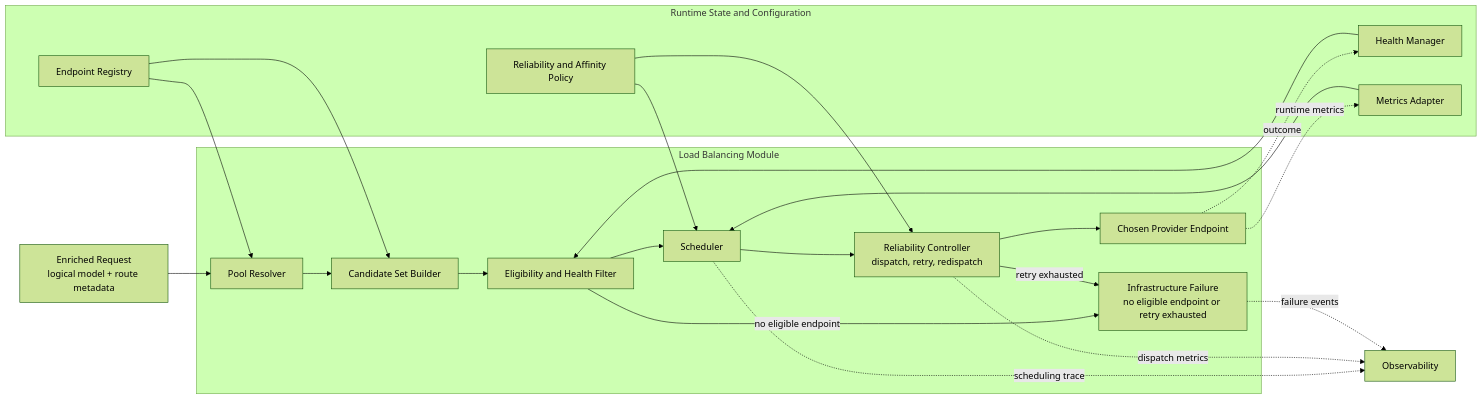
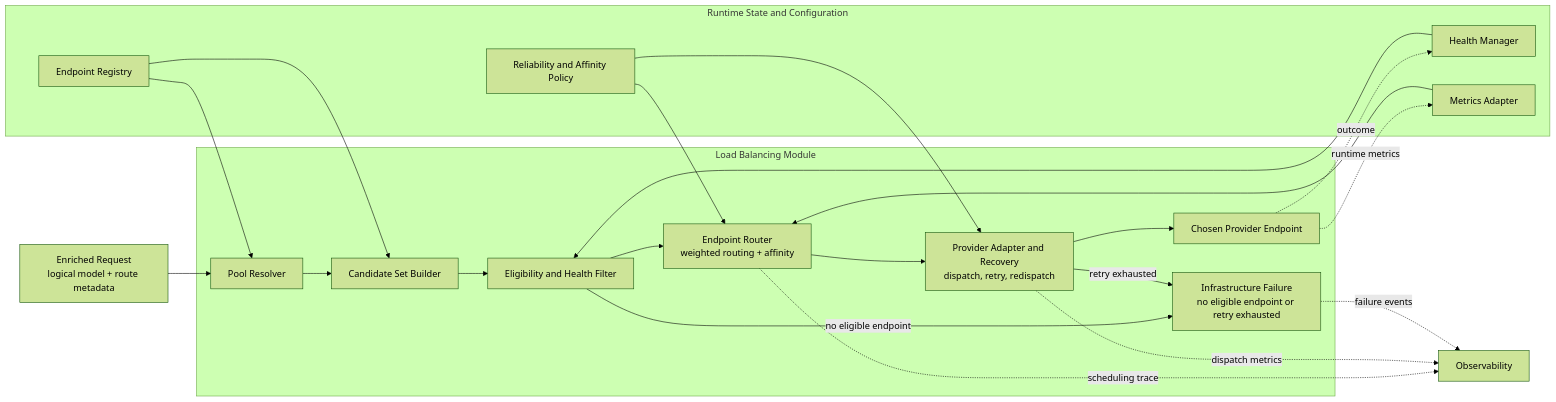
Before and after one commit to puyanguvic/semenatic_routing_and_load_balance: the diagram in load_balancing_module.md, drawn with Mermaid (forest theme). The commit also changed other lines of this file and 5 other files, not shown here.

Commit message:
Align diagrams with semantic routing paper

````diff
--- a/load_balancing_module.md
+++ b/load_balancing_module.md
@@ -141,40 +134,40 @@
 ```mermaid
 flowchart LR
     Request[Enriched Request<br/>logical model + route metadata]
 
     subgraph Runtime[Runtime State and Configuration]
         Registry[Endpoint Registry]
         Health[Health Manager]
         Metrics[Metrics Adapter]
         Policy[Reliability and Affinity Policy]
     end
 
     subgraph LB[Load Balancing Module]
         Pool[Pool Resolver]
         Candidates[Candidate Set Builder]
         Filter[Eligibility and Health Filter]
-        Scheduler[Scheduler]
-        Dispatch[Reliability Controller<br/>dispatch, retry, redispatch]
+        Scheduler[Endpoint Router<br/>weighted routing + affinity]
+        Dispatch[Provider Adapter and Recovery<br/>dispatch, retry, redispatch]
         Backend[Chosen Provider Endpoint]
         Failure[Infrastructure Failure<br/>no eligible endpoint or retry exhausted]
     end
 
     Obs[Observability]
 
     Request --> Pool --> Candidates --> Filter --> Scheduler --> Dispatch --> Backend
     Registry --> Pool
     Registry --> Candidates
     Health --> Filter
     Metrics --> Scheduler
     Policy --> Scheduler
     Policy --> Dispatch
 
     Filter -->|no eligible endpoint| Failure
     Dispatch -->|retry exhausted| Failure
 
     Backend -. outcome .-> Health
     Backend -. runtime metrics .-> Metrics
     Scheduler -. scheduling trace .-> Obs
     Dispatch -. dispatch metrics .-> Obs
     Failure -. failure events .-> Obs
 ```
````
